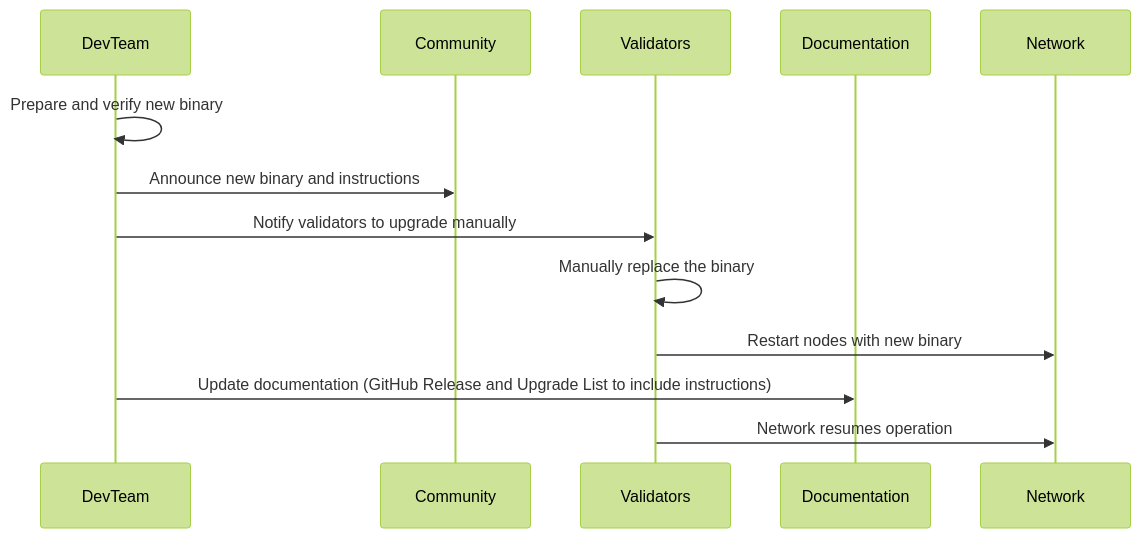
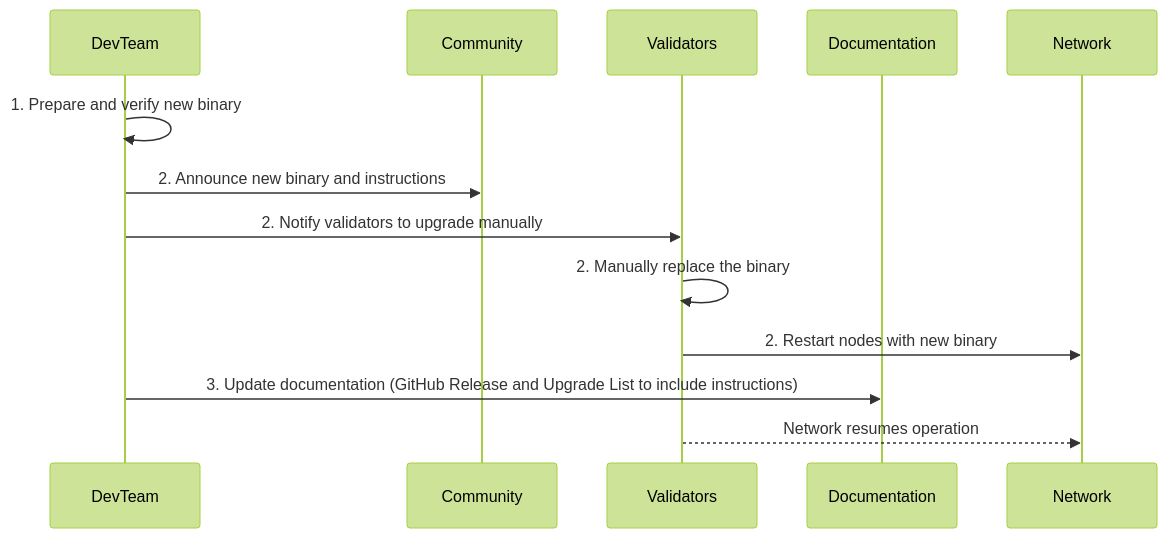
The first of 2 diagrams in docusaurus/docs/develop/developer_guide/recovery_from_chain_halt.md (pokt-network/poktroll), drawn with Mermaid (forest theme) before and after one commit. The commit also changed other lines of this file, not shown here.

````diff
--- a/docusaurus/docs/develop/developer_guide/recovery_from_chain_halt.md
+++ b/docusaurus/docs/develop/developer_guide/recovery_from_chain_halt.md
@@ -67,17 +76,17 @@
 ```mermaid
 sequenceDiagram
     participant DevTeam
     participant Community
     participant Validators
     participant Documentation
     participant Network
 
-    DevTeam->>DevTeam: Prepare and verify new binary
-    DevTeam->>Community: Announce new binary and instructions
-    DevTeam->>Validators: Notify validators to upgrade manually
-    Validators->>Validators: Manually replace the binary
-    Validators->>Network: Restart nodes with new binary
-    DevTeam->>Documentation: Update documentation (GitHub Release and Upgrade List to include instructions)
-    Validators->>Network: Network resumes operation
+    DevTeam->>DevTeam: 1. Prepare and verify new binary
+    DevTeam->>Community: 2. Announce new binary and instructions
+    DevTeam->>Validators: 2. Notify validators to upgrade manually
+    Validators->>Validators: 2. Manually replace the binary
+    Validators->>Network: 2. Restart nodes with new binary
+    DevTeam->>Documentation: 3. Update documentation (GitHub Release and Upgrade List to include instructions)
+    Validators-->>Network: Network resumes operation
 
 ```
````
